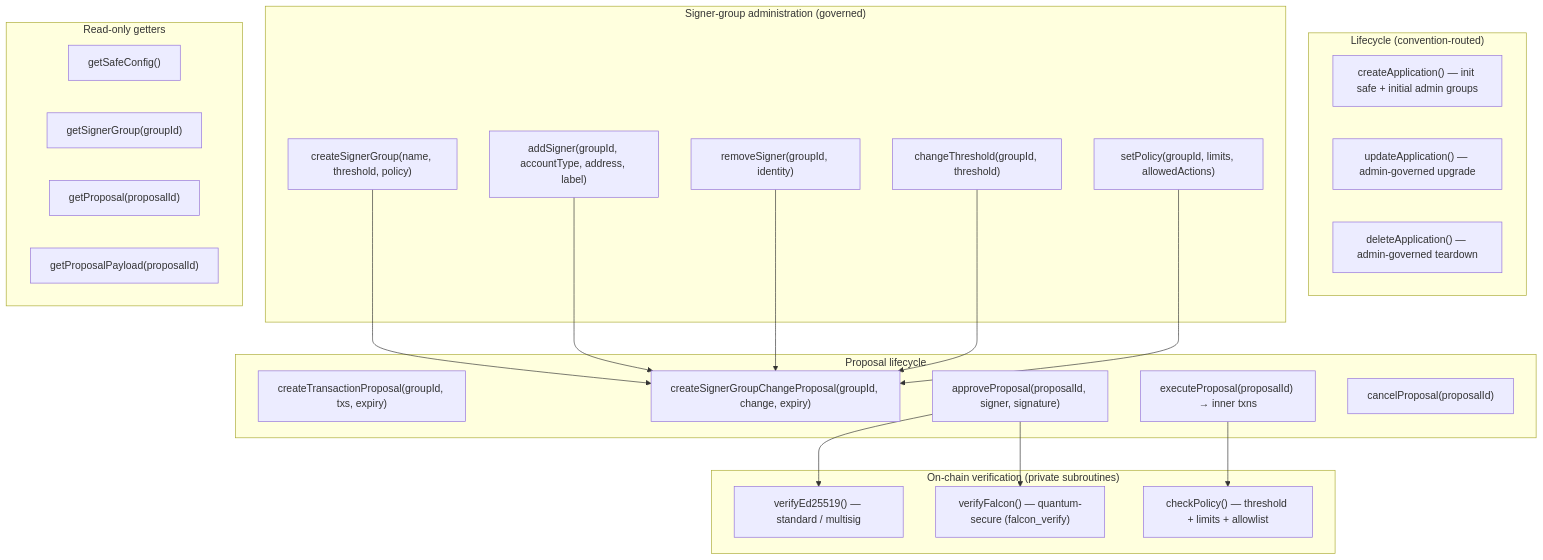
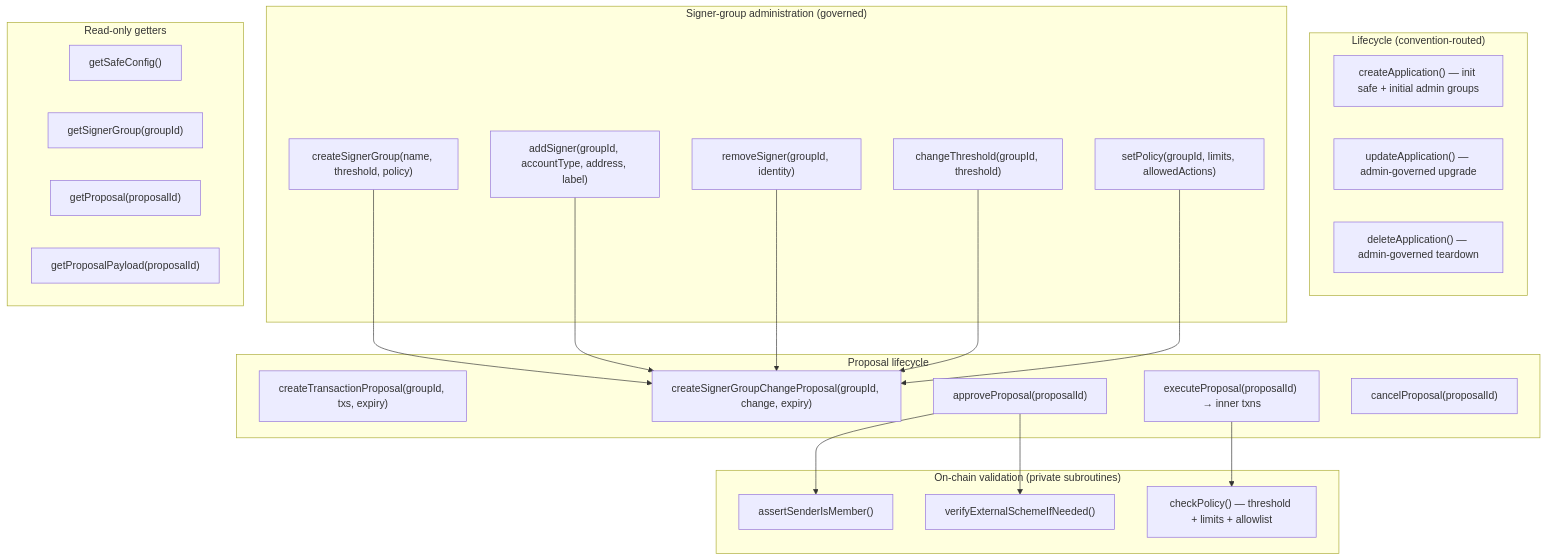
The sixth of 8 diagrams in PRODUCT-DESCRIPTION.md (ludovit-scholtz/algo-safe), drawn with Mermaid before and after one commit. The commit also changed other lines of this file, not shown here.

Commit message:
Refine PRODUCT-DESCRIPTION.md for clarity on approval processes, emphasizing app call signatures and enhancing user understanding of transaction flows and requirements.

````diff
--- a/PRODUCT-DESCRIPTION.md
+++ b/PRODUCT-DESCRIPTION.md
@@ -547,46 +546,46 @@
 ```mermaid
 flowchart TB
     subgraph Lifecycle["Lifecycle (convention-routed)"]
         C1["createApplication() — init safe + initial admin groups"]
         C2["updateApplication() — admin-governed upgrade"]
         C3["deleteApplication() — admin-governed teardown"]
     end
 
     subgraph Admin["Signer-group administration (governed)"]
         A1["createSignerGroup(name, threshold, policy)"]
         A2["addSigner(groupId, accountType, address, label)"]
         A3["removeSigner(groupId, identity)"]
         A4["changeThreshold(groupId, threshold)"]
         A5["setPolicy(groupId, limits, allowedActions)"]
     end
 
     subgraph Proposals["Proposal lifecycle"]
         P1["createTransactionProposal(groupId, txs, expiry)"]
         P1A["createSignerGroupChangeProposal(groupId, change, expiry)"]
-        P2["approveProposal(proposalId, signer, signature)"]
+        P2["approveProposal(proposalId)"]
         P3["executeProposal(proposalId) → inner txns"]
         P4["cancelProposal(proposalId)"]
     end
 
-    subgraph Verify["On-chain verification (private subroutines)"]
-        V1["verifyEd25519() — standard / multisig"]
-        V2["verifyFalcon() — quantum-secure (falcon_verify)"]
+    subgraph Verify["On-chain validation (private subroutines)"]
+        V1["assertSenderIsMember()"]
+        V2["verifyExternalSchemeIfNeeded()"]
         V3["checkPolicy() — threshold + limits + allowlist"]
     end
 
     subgraph Reads["Read-only getters"]
         R1["getSafeConfig()"]
         R2["getSignerGroup(groupId)"]
         R3["getProposal(proposalId)"]
         R4["getProposalPayload(proposalId)"]
     end
 
     P2 --> V1
     P2 --> V2
     P3 --> V3
     A1 --> P1A
     A2 --> P1A
     A3 --> P1A
     A4 --> P1A
     A5 --> P1A
 ```
````
